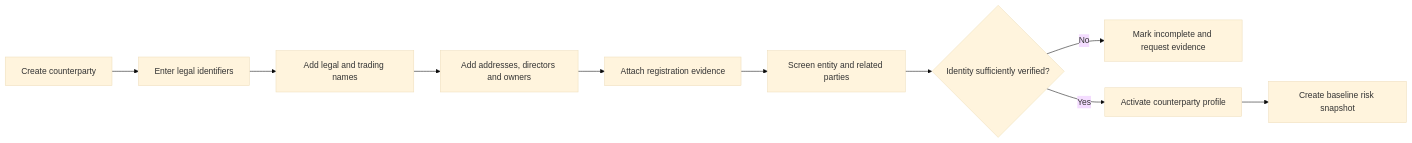
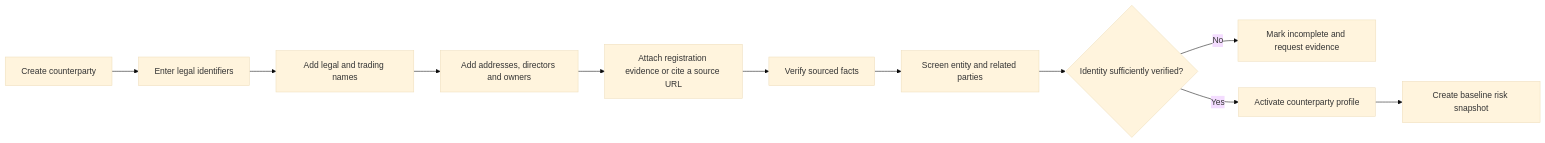
One commit to taotaokt/TradeGuard-AI changed the second of 6 diagrams in REQUIREMENTS.md. Above: the diagram before and after it, drawn with Mermaid (base theme). The commit also changed other lines of this file and 20 other files, not shown here.

````diff
--- a/REQUIREMENTS.md
+++ b/REQUIREMENTS.md
@@ -208,12 +208,13 @@
 ```mermaid
 flowchart LR
     A[Create counterparty] --> B[Enter legal identifiers]
     B --> C[Add legal and trading names]
     C --> D[Add addresses, directors and owners]
-    D --> E[Attach registration evidence]
-    E --> F[Screen entity and related parties]
-    F --> G{Identity sufficiently verified?}
-    G -- No --> H[Mark incomplete and request evidence]
-    G -- Yes --> I[Activate counterparty profile]
-    I --> J[Create baseline risk snapshot]
+    D --> E[Attach registration evidence or cite a source URL]
+    E --> F[Verify sourced facts]
+    F --> G[Screen entity and related parties]
+    G --> H{Identity sufficiently verified?}
+    H -- No --> I[Mark incomplete and request evidence]
+    H -- Yes --> J[Activate counterparty profile]
+    J --> K[Create baseline risk snapshot]
 ```
````
